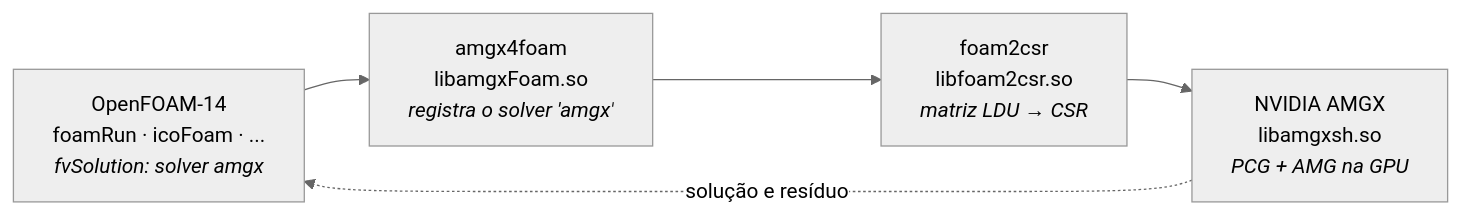
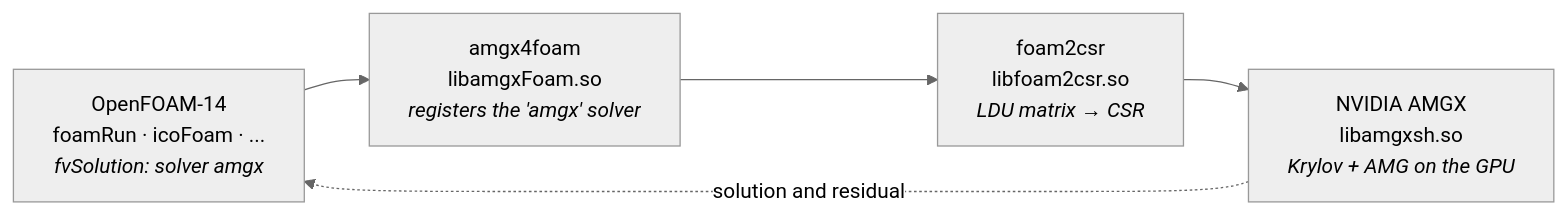
Before and after one commit to ileaof/openFoam-14-cuda: the diagram in README.md, drawn with Mermaid (neutral theme). The commit also changed other lines of this file and 30 other files, not shown here.

````diff
--- a/README.md
+++ b/README.md
@@ -73,7 +75,7 @@
 ```mermaid
 flowchart LR
-    A["OpenFOAM-14<br/>foamRun · icoFoam · ...<br/><i>fvSolution: solver amgx</i>"] --> B["amgx4foam<br/>libamgxFoam.so<br/><i>registra o solver 'amgx'</i>"]
-    B --> C["foam2csr<br/>libfoam2csr.so<br/><i>matriz LDU → CSR</i>"]
-    C --> D["NVIDIA AMGX<br/>libamgxsh.so<br/><i>PCG + AMG na GPU</i>"]
-    D -. "solução e resíduo" .-> A
+    A["OpenFOAM-14<br/>foamRun · icoFoam · ...<br/><i>fvSolution: solver amgx</i>"] --> B["amgx4foam<br/>libamgxFoam.so<br/><i>registers the 'amgx' solver</i>"]
+    B --> C["foam2csr<br/>libfoam2csr.so<br/><i>LDU matrix → CSR</i>"]
+    C --> D["NVIDIA AMGX<br/>libamgxsh.so<br/><i>Krylov + AMG on the GPU</i>"]
+    D -. "solution and residual" .-> A
 ```
````
